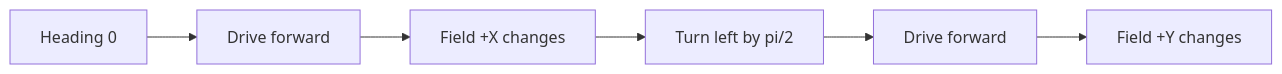
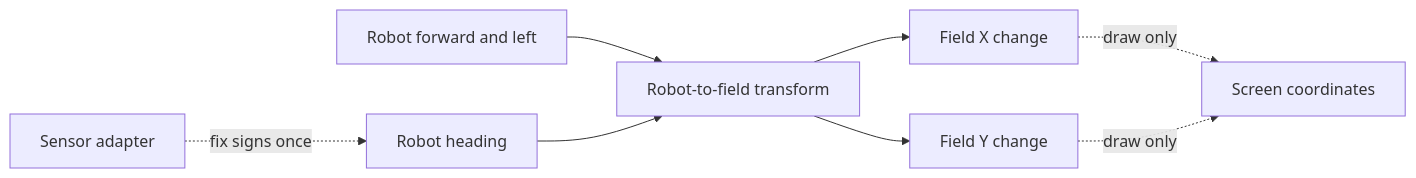
Before and after one commit to ARES-23247/ARESWEB: the diagram in content/learning/robotics-foundations/04-coordinate-contracts.md, drawn with Mermaid. The commit also changed other lines of this file and 8 other files, not shown here.

````diff
--- a/content/learning/robotics-foundations/04-coordinate-contracts.md
+++ b/content/learning/robotics-foundations/04-coordinate-contracts.md
@@ -22,9 +46,11 @@
 ```mermaid
-%% aria: Moving forward at zero heading changes field X. After a left quarter turn, moving forward changes field Y.
+%% aria: A robot-local forward and left vector joins the robot heading at one transform. The transform returns field X and field Y changes. Sensor and screen adapters stay outside this one transform.
 flowchart LR
-    A["Heading 0"] --> B["Drive forward"]
-    B --> C["Field +X changes"]
-    C --> D["Turn left by pi/2"]
-    D --> E["Drive forward"]
-    E --> F["Field +Y changes"]
+  L["Robot forward and left"] --> T["Robot-to-field transform"]
+  H["Robot heading"] --> T
+  T --> X["Field X change"]
+  T --> Y["Field Y change"]
+  S["Sensor adapter"] -. "fix signs once" .-> H
+  X -. "draw only" .-> D["Screen coordinates"]
+  Y -. "draw only" .-> D
 ```
````
